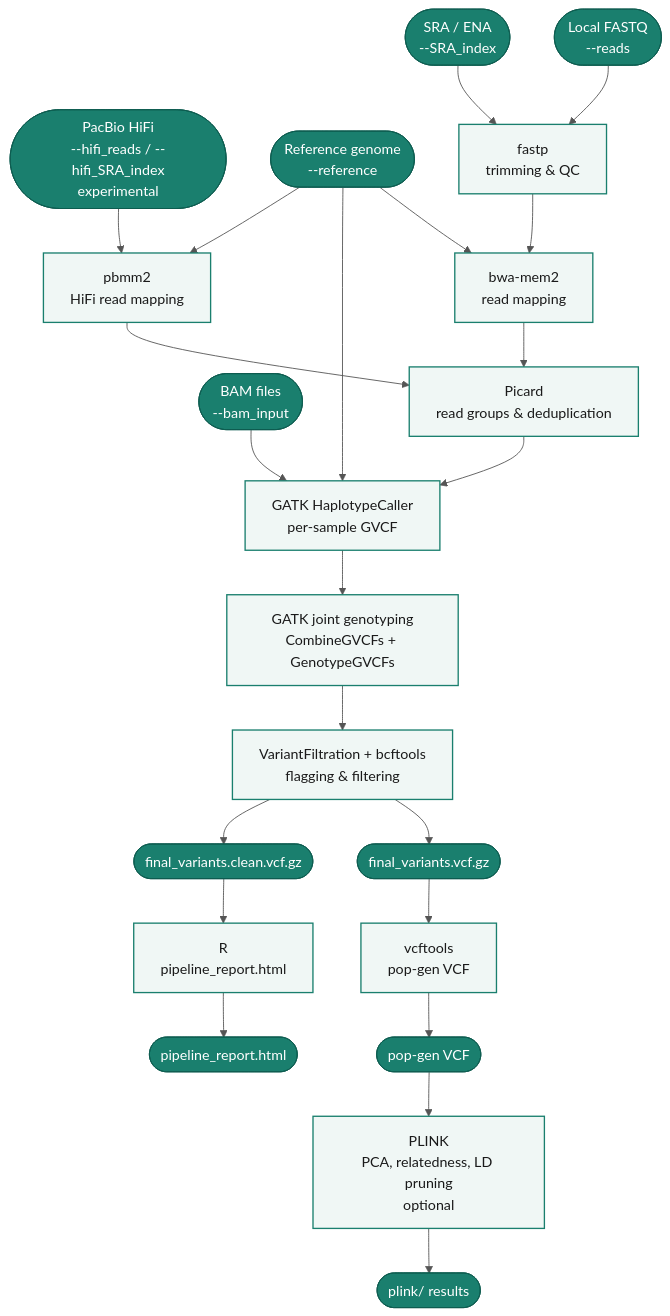
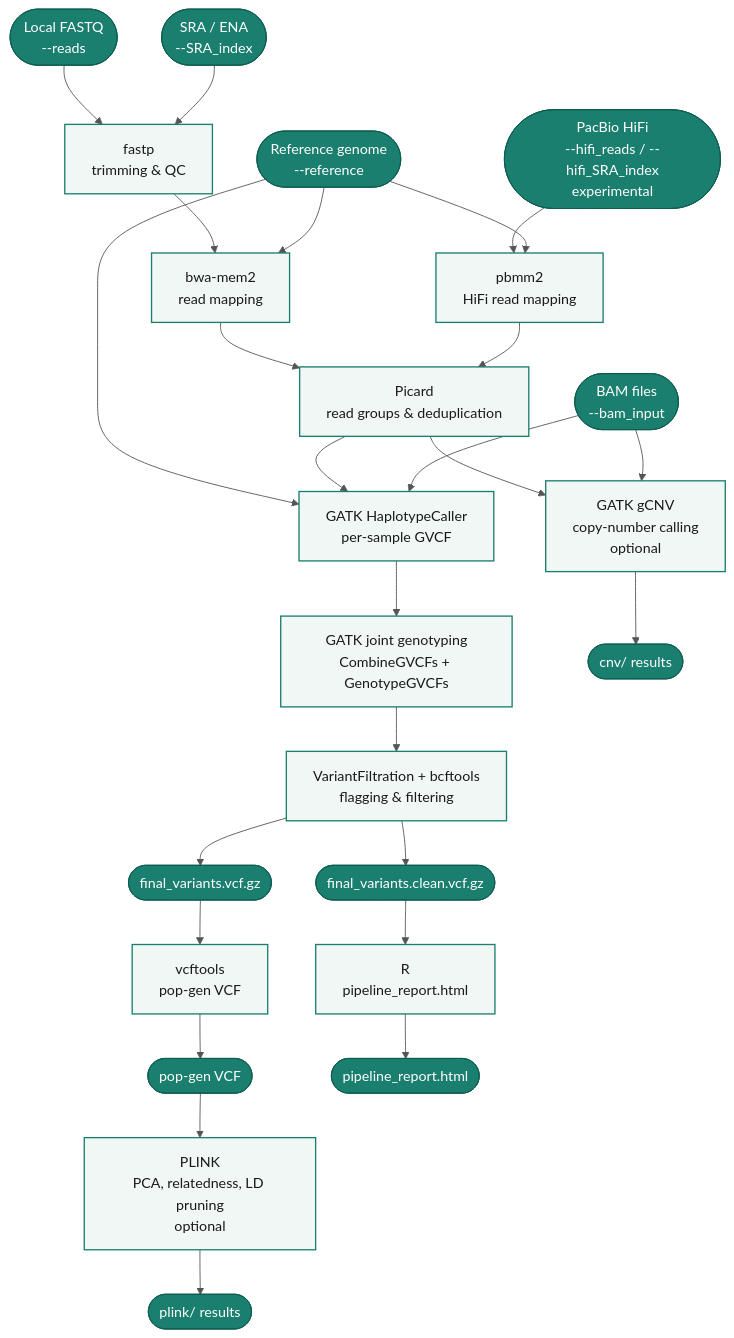
One commit to crolllab/genomepanel_nf changed the diagram in docs/index.md. Above: the diagram before and after it, drawn with Mermaid. The commit also changed other lines of this file and 17 other files, not shown here.

````diff
--- a/docs/index.md
+++ b/docs/index.md
@@ -21,51 +21,56 @@
 ```mermaid
 %%{init: {"theme": "base", "themeVariables": {"fontSize": "16px", "primaryColor": "#f0f7f5", "primaryBorderColor": "#1a7f6e", "primaryTextColor": "#1a1a1a", "lineColor": "#555"}}}%%
 flowchart TD
     classDef io fill:#1a7f6e,color:#fff,stroke:#0d5c50
     classDef step fill:#f0f7f5,color:#1a1a1a,stroke:#1a7f6e,stroke-width:1.5px
 
     A1([Local FASTQ\n--reads]):::io
     A2([SRA / ENA\n--SRA_index]):::io
     A3([BAM files\n--bam_input]):::io
     A4([PacBio HiFi\n--hifi_reads / --hifi_SRA_index\nexperimental]):::io
     REF([Reference genome\n--reference]):::io
 
     T[fastp\ntrimming & QC]:::step
     M[bwa-mem2\nread mapping]:::step
     MH[pbmm2\nHiFi read mapping]:::step
     D[Picard\nread groups & deduplication]:::step
     HC[GATK HaplotypeCaller\nper-sample GVCF]:::step
     JG[GATK joint genotyping\nCombineGVCFs + GenotypeGVCFs]:::step
     VF[VariantFiltration + bcftools\nflagging & filtering]:::step
     PG[vcftools\npop-gen VCF]:::step
     PL[PLINK\nPCA, relatedness, LD pruning\noptional]:::step
+    CN[GATK gCNV\ncopy-number calling\noptional]:::step
     QC[R\npipeline_report.html]:::step
 
     O1([final_variants.vcf.gz]):::io
     O2([final_variants.clean.vcf.gz]):::io
     O3([pop-gen VCF]):::io
     O4([pipeline_report.html]):::io
     O5([plink/ results]):::io
+    O6([cnv/ results]):::io
 
     A1 --> T
     A2 --> T
     T --> M
     REF --> M
     REF --> HC
     M --> D
     A4 --> MH
     REF --> MH
     MH --> D
     D --> HC
     A3 --> HC
     HC --> JG
     JG --> VF
     VF --> O1
     VF --> O2
     O1 --> PG
     PG --> O3
     O3 --> PL
     PL --> O5
+    D --> CN
+    A3 --> CN
+    CN --> O6
     O2 --> QC
     QC --> O4
 ```
````
